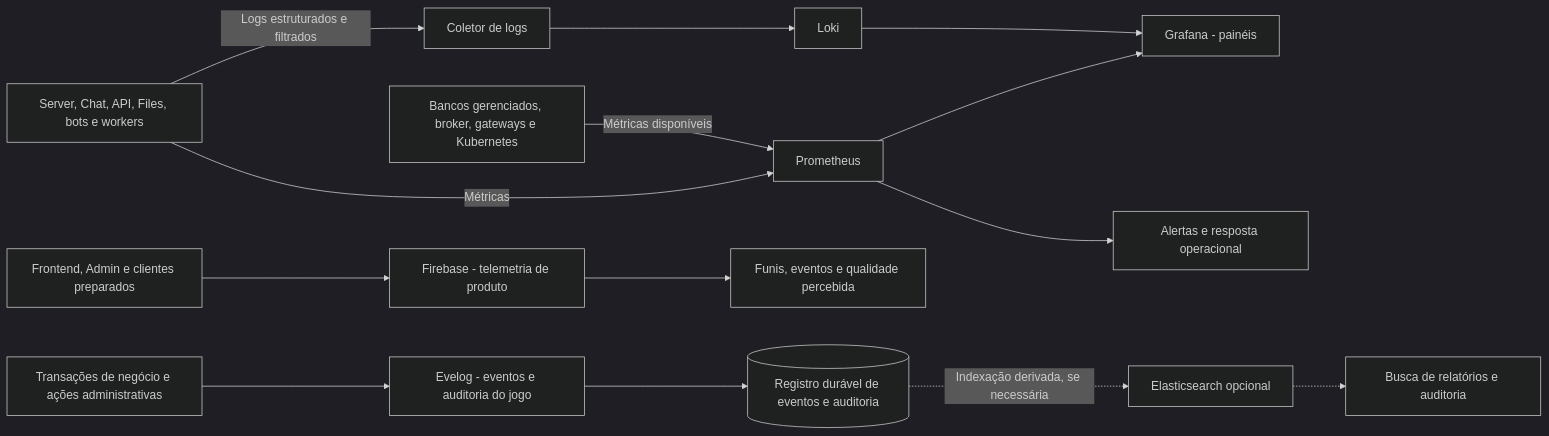
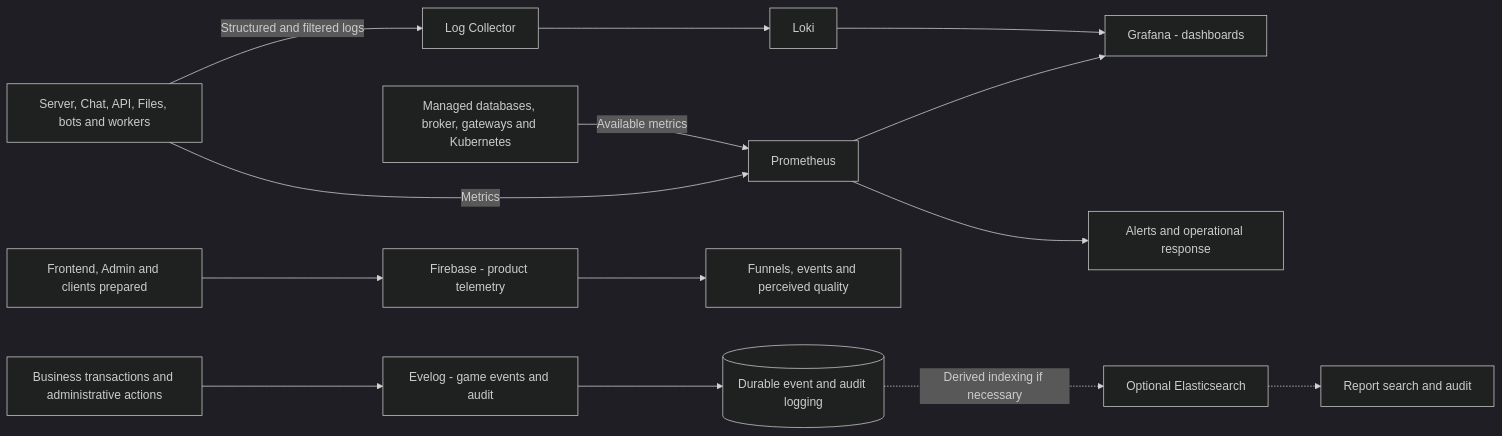
One commit to ReeseArch64/opencok changed the eighth of 14 diagrams in .github/ARCHITECTURE.md. Above: the diagram before and after it, drawn with Mermaid (dark theme). The commit also changed other lines of this file and 10 other files, not shown here.

````diff
--- a/.github/ARCHITECTURE.md
+++ b/.github/ARCHITECTURE.md
@@ -874,16 +856,16 @@
 ```mermaid
 flowchart LR
-  apps[Server, Chat, API, Files, bots e workers] -->|Métricas| prom[Prometheus]
-  apps -->|Logs estruturados e filtrados| collector[Coletor de logs]
+  apps[Server, Chat, API, Files, bots and workers] -->|Metrics| prom[Prometheus]
+  apps -->|Structured and filtered logs| collector[Log Collector]
   collector --> loki[Loki]
-  infra[Bancos gerenciados, broker, gateways e Kubernetes] -->|Métricas disponíveis| prom
-  clients[Frontend, Admin e clientes preparados] --> firebase[Firebase - telemetria de produto]
-  firebase --> product[Funis, eventos e qualidade percebida]
-  prom --> grafana[Grafana - painéis]
+  infra[Managed databases, broker, gateways and Kubernetes] -->|Available metrics| prom
+  clients[Frontend, Admin and clients prepared] --> firebase[Firebase - product telemetry]
+  firebase --> product[Funnels, events and perceived quality]
+  prom --> grafana[Grafana - dashboards]
   loki --> grafana
-  prom --> alerts[Alertas e resposta operacional]
-  transaction[Transações de negócio e ações administrativas] --> eventlog[Evelog - eventos e auditoria do jogo]
-  eventlog --> audit[(Registro durável de eventos e auditoria)]
-  audit -.->|Indexação derivada, se necessária| elastic[Elasticsearch opcional]
-  elastic -.-> search[Busca de relatórios e auditoria]
+  prom --> alerts[Alerts and operational response]
+  transaction[Business transactions and administrative actions] --> eventlog[Evelog - game events and audit]
+  eventlog --> audit[(Durable event and audit logging)]
+  audit -.->|Derived indexing if necessary| elastic[Optional Elasticsearch]
+  elastic -.-> search[Report search and audit]
 ```
````
